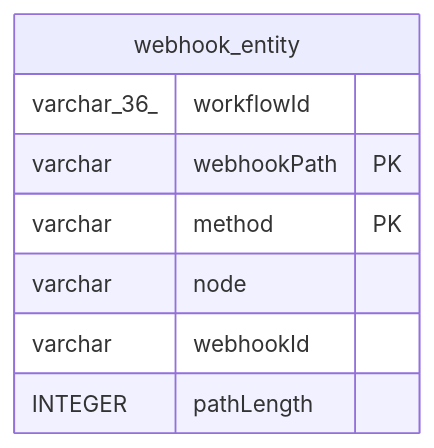
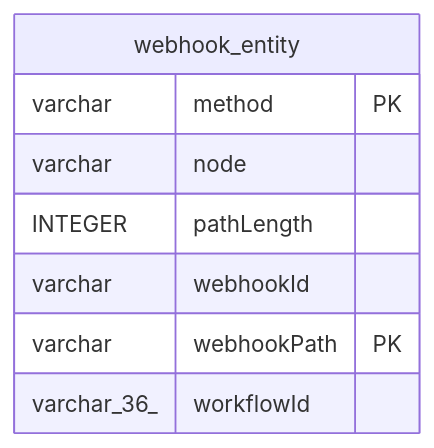
Before and after one commit to mayankjain1815-commits/n8n: the diagram in docs/generated/sqlite-schema/webhook_entity.md, drawn with Mermaid. The commit also changed other lines of this file and 221 other files, not shown here.

Commit message:
chore(core): Make DB schema docs generation deterministic (#32373)

````diff
--- a/docs/generated/sqlite-schema/webhook_entity.md
+++ b/docs/generated/sqlite-schema/webhook_entity.md
@@ -42,13 +42,13 @@
 ```mermaid
 erDiagram
 
 
 "webhook_entity" {
-  varchar_36_ workflowId
-  varchar webhookPath PK
   varchar method PK
   varchar node
+  INTEGER pathLength
   varchar webhookId
-  INTEGER pathLength
+  varchar webhookPath PK
+  varchar_36_ workflowId
 }
 ```
````
